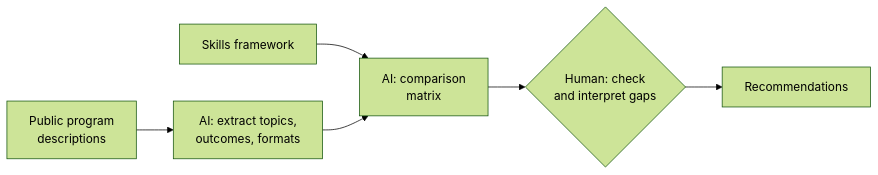
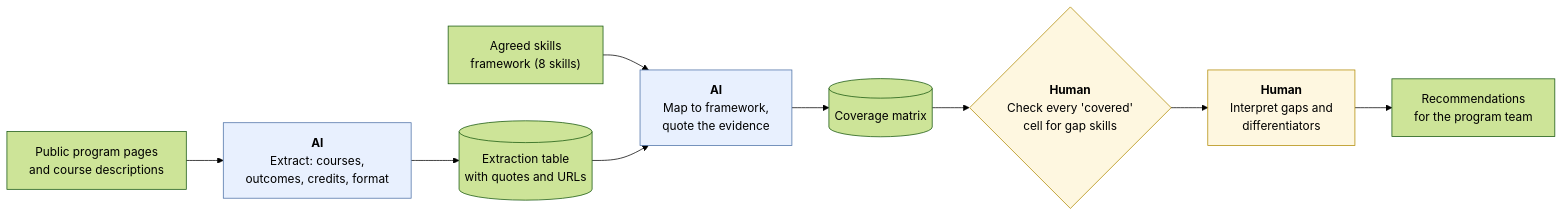
Before and after one commit to clarkngo/applied-ai-field-guide: the first of 2 diagrams in docs/workflows/curriculum-benchmarking-copilot.md, drawn with Mermaid (forest theme). The commit also changed other lines of this file and 4 other files, not shown here.

````diff
--- a/docs/workflows/curriculum-benchmarking-copilot.md
+++ b/docs/workflows/curriculum-benchmarking-copilot.md
@@ -34,6 +33,15 @@
 ```mermaid
 flowchart LR
-  P["Public program<br/>descriptions"] --> X["AI: extract topics,<br/>outcomes, formats"]
-  F["Skills framework"] --> M
-  X --> M["AI: comparison<br/>matrix"] --> H{"Human: check<br/>and interpret gaps"} --> R["Recommendations"]
+  P["Public program pages<br/>and course descriptions"] --> X["<b>AI</b><br/>Extract: courses,<br/>outcomes, credits, format"]
+  F["Agreed skills<br/>framework (8 skills)"] --> M
+  X --> T[("Extraction table<br/>with quotes and URLs")]
+  T --> M["<b>AI</b><br/>Map to framework,<br/>quote the evidence"]
+  M --> MX[("Coverage matrix")]
+  MX --> H{"<b>Human</b><br/>Check every 'covered'<br/>cell for gap skills"}
+  H --> I["<b>Human</b><br/>Interpret gaps and<br/>differentiators"]
+  I --> R["Recommendations<br/>for the program team"]
+  classDef human fill:#fef7e0,stroke:#b08900;
+  classDef ai fill:#e8f0fe,stroke:#4a6fa5;
+  class H,I human;
+  class X,M ai;
 ```
````
